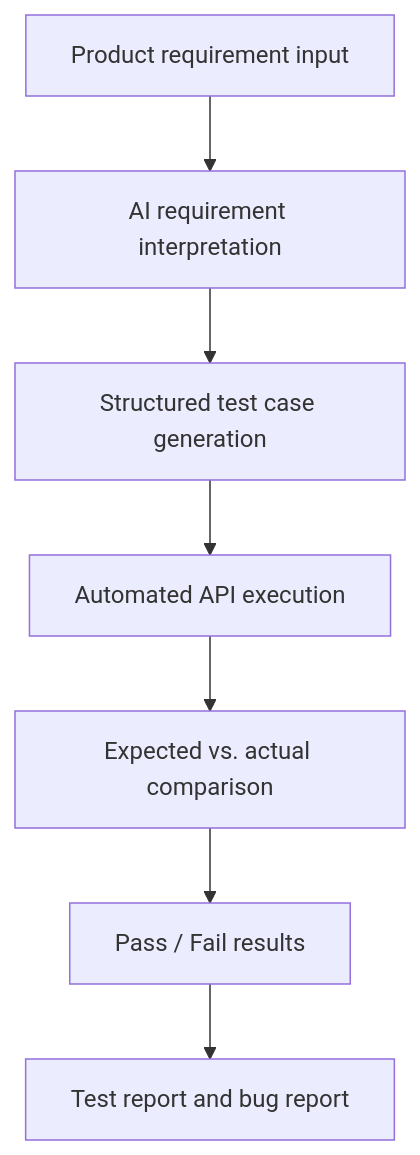
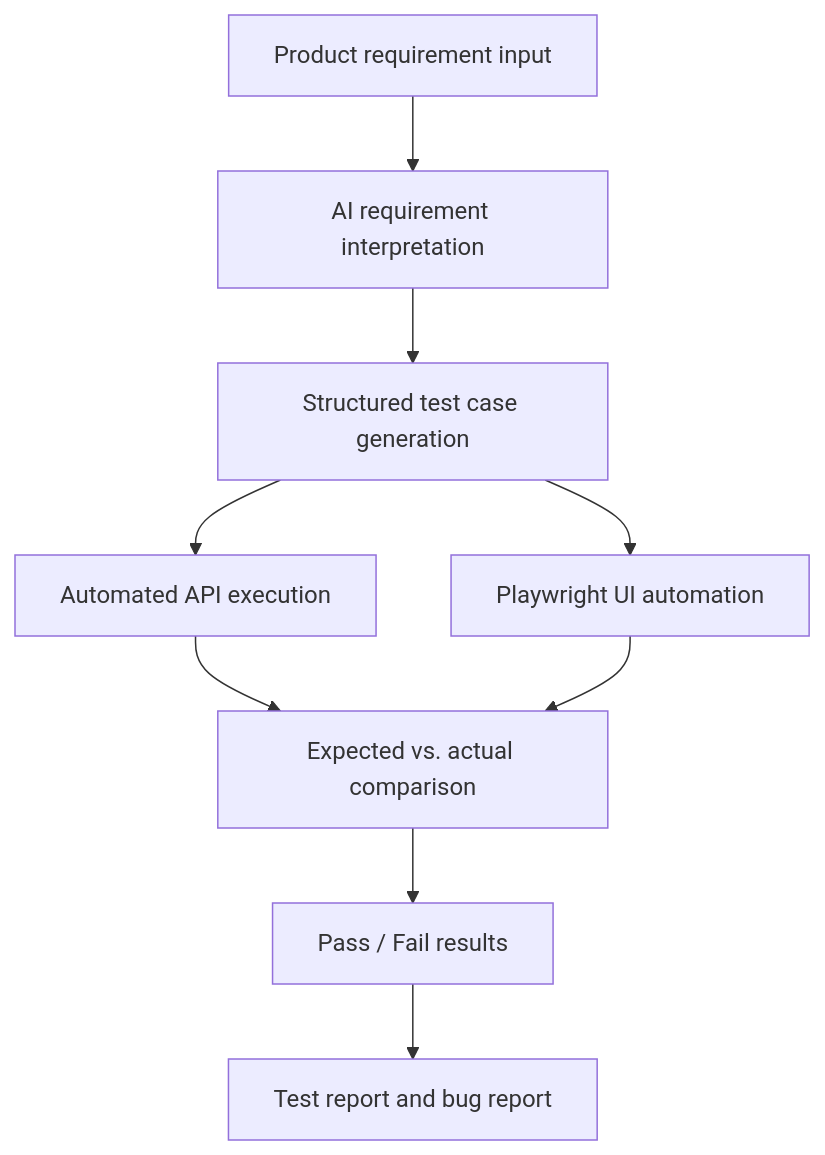
Before and after one commit to Yuchen-Zhou-ucsc/AI_Testing_Plugin_Project: the diagram in README.md, drawn with Mermaid. The commit also changed other lines of this file, not shown here.

````diff
--- a/README.md
+++ b/README.md
@@ -9,9 +9,11 @@
 ```mermaid
 flowchart TD
     A[Product requirement input] --> B[AI requirement interpretation]
     B --> C[Structured test case generation]
     C --> D[Automated API execution]
+    C --> UI[Playwright UI automation]
     D --> E[Expected vs. actual comparison]
+    UI --> E
     E --> F[Pass / Fail results]
     F --> G[Test report and bug report]
 ```
````
